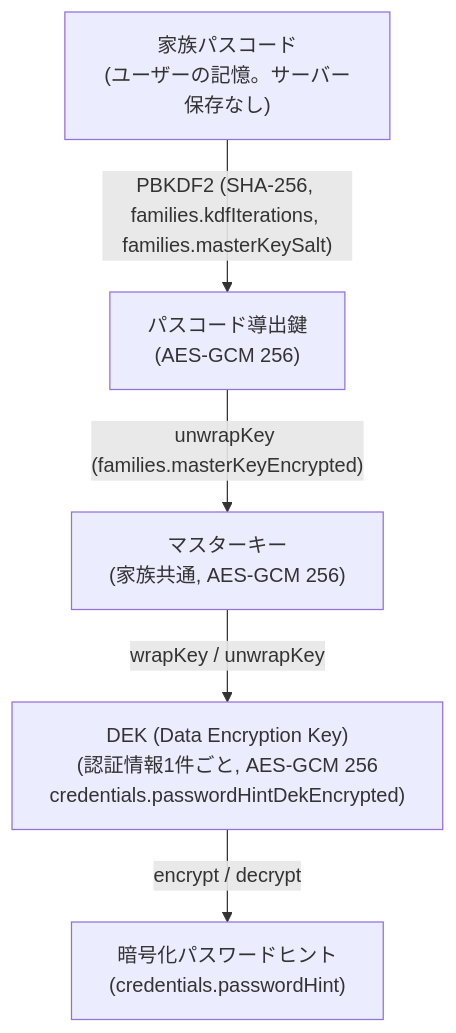
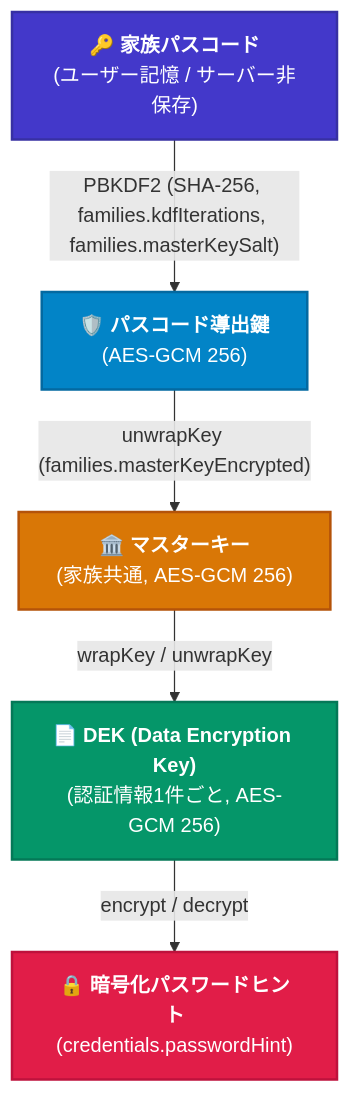
The second of 2 diagrams in .ai/architecture.md (luthpg/poohma), drawn with Mermaid before and after one commit. The commit also changed other lines of this file and 14 other files, not shown here.

First line of the commit message:
﻿docs: ドキュメントの .docs/ への統一・Mermaid図の刷新とリンク修正

````diff
--- a/.ai/architecture.md
+++ b/.ai/architecture.md
@@ -96,8 +106,19 @@
 ```mermaid
 flowchart TD
-    Passcode["家族パスコード<br/>(ユーザーの記憶。サーバー保存なし)"]
-    Passcode -->|"PBKDF2 (SHA-256, families.kdfIterations, families.masterKeySalt)"| PasscodeKey["パスコード導出鍵<br/>(AES-GCM 256)"]
-    PasscodeKey -->|"unwrapKey (families.masterKeyEncrypted)"| MasterKey["マスターキー<br/>(家族共通, AES-GCM 256)"]
-    MasterKey -->|"wrapKey / unwrapKey"| DEK["DEK (Data Encryption Key)<br/>(認証情報1件ごと, AES-GCM 256<br/>credentials.passwordHintDekEncrypted)"]
-    DEK -->|"encrypt / decrypt"| EncryptedHint["暗号化パスワードヒント<br/>(credentials.passwordHint)"]
+    classDef inputNode fill:#4338ca,stroke:#3730a3,stroke-width:2px,color:#ffffff;
+    classDef derivedNode fill:#0284c7,stroke:#0369a1,stroke-width:2px,color:#ffffff;
+    classDef masterNode fill:#d97706,stroke:#b45309,stroke-width:2px,color:#ffffff;
+    classDef dekNode fill:#059669,stroke:#047857,stroke-width:2px,color:#ffffff;
+    classDef hintNode fill:#e11d48,stroke:#be123c,stroke-width:2px,color:#ffffff;
+
+    Passcode["🔑 <b>家族パスコード</b><br/>(ユーザー記憶 / サーバー非保存)"]:::inputNode
+    PasscodeKey["🛡️ <b>パスコード導出鍵</b><br/>(AES-GCM 256)"]:::derivedNode
+    MasterKey["🏛️ <b>マスターキー</b><br/>(家族共通, AES-GCM 256)"]:::masterNode
+    DEK["📄 <b>DEK (Data Encryption Key)</b><br/>(認証情報1件ごと, AES-GCM 256)"]:::dekNode
+    EncryptedHint["🔒 <b>暗号化パスワードヒント</b><br/>(credentials.passwordHint)"]:::hintNode
+
+    Passcode -->|"PBKDF2 (SHA-256, families.kdfIterations, families.masterKeySalt)"| PasscodeKey
+    PasscodeKey -->|"unwrapKey (families.masterKeyEncrypted)"| MasterKey
+    MasterKey -->|"wrapKey / unwrapKey"| DEK
+    DEK -->|"encrypt / decrypt"| EncryptedHint
 ```
````
